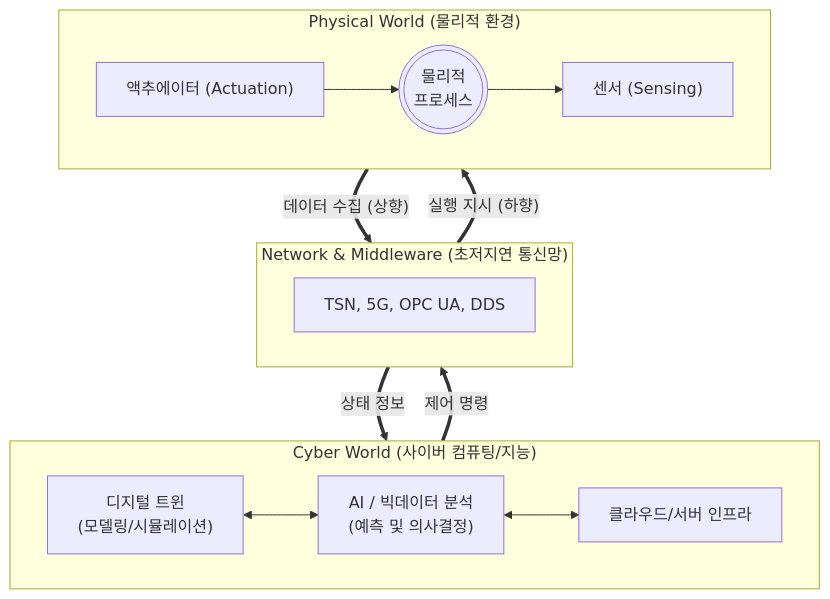
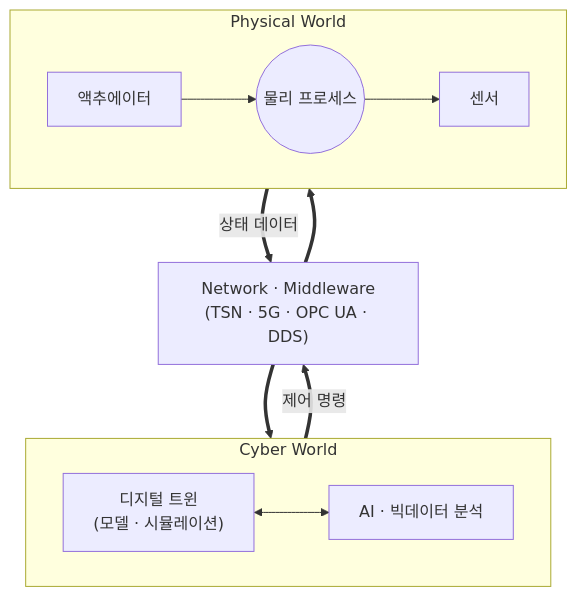
Before and after one commit to supremethumb/supremethumb.github.io: the diagram in content/01_IT Tech/CPS.md, drawn with Mermaid. The commit also changed other lines of this file and 1087 other files, not shown here.

````diff
--- a/content/01_IT Tech/CPS.md
+++ b/content/01_IT Tech/CPS.md
@@ -31,34 +37,22 @@
 ```mermaid
 flowchart TD
-    subgraph Cyber_World["Cyber World (사이버 컴퓨팅/지능)"]
+    subgraph Cyber["Cyber World"]
         direction LR
-        DT["디지털 트윈<br/>(모델링/시뮬레이션)"]
-        AI["AI / 빅데이터 분석<br/>(예측 및 의사결정)"]
-        Cloud["클라우드/서버 인프라"]
-        
+        DT["디지털 트윈<br/>(모델 · 시뮬레이션)"]
+        AI["AI · 빅데이터 분석"]
         DT <--> AI
-        AI <--> Cloud
     end
-
-    subgraph Network["Network & Middleware (초저지연 통신망)"]
-        TSN["TSN, 5G, OPC UA, DDS"]
-    end
-
-    subgraph Physical_World["Physical World (물리적 환경)"]
+    Net["Network · Middleware<br/>(TSN · 5G · OPC UA · DDS)"]
+    subgraph Physical["Physical World"]
         direction LR
-        Process((("물리적<br/>프로세스")))
-        Sensors["센서 (Sensing)"]
-        Actuators["액추에이터 (Actuation)"]
-        
+        Sensors["센서"]
+        Process(("물리 프로세스"))
+        Actuators["액추에이터"]
         Process --> Sensors
         Actuators --> Process
     end
-
-    Sensors == "데이터 수집 (상향)" ==> Network
-    Network == "상태 정보" ==> Cyber_World
-    
-    Cyber_World == "제어 명령" ==> Network
-    Network == "실행 지시 (하향)" ==> Actuators
-
-
+    Sensors ==>|"상태 데이터"| Net
+    Net ==> Cyber
+    Cyber ==>|"제어 명령"| Net
+    Net ==> Actuators
 ```
````
